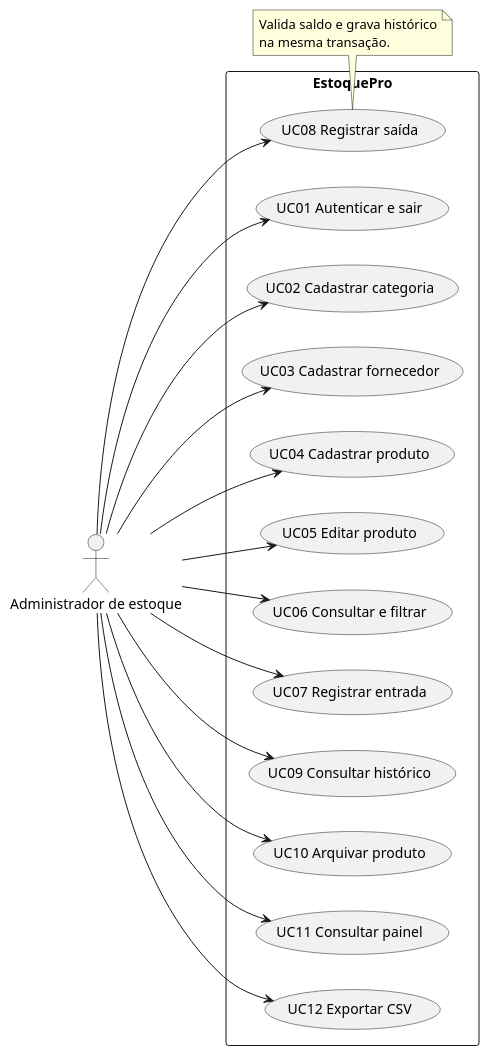
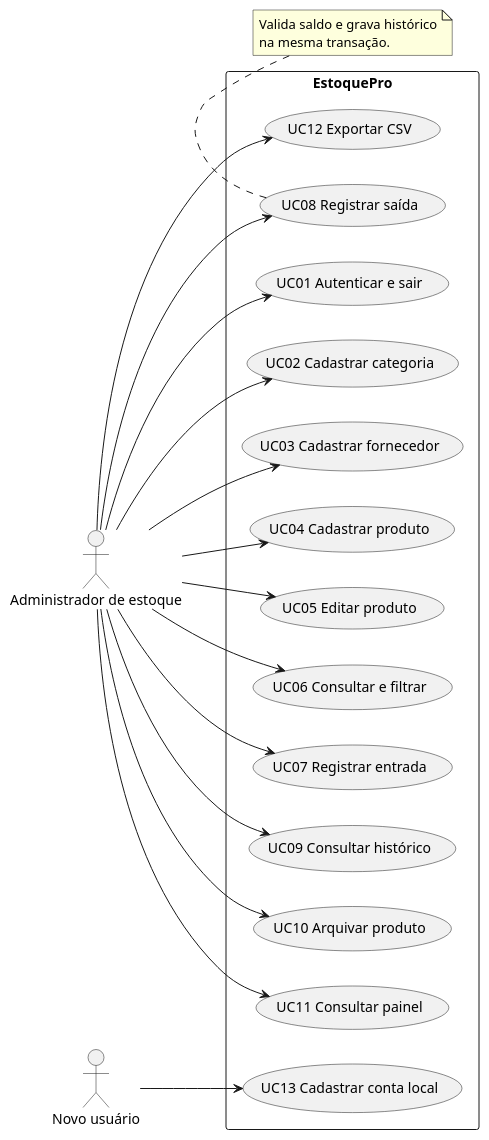
The diagram in docs/diagramas/casos-de-uso.puml (lxzinxs/EstoquePro-A3), drawn with PlantUML before and after one commit. The commit also changed 25 other files, not shown here.

```diff
--- a/docs/diagramas/casos-de-uso.puml
+++ b/docs/diagramas/casos-de-uso.puml
@@ -1,31 +1,34 @@
 @startuml
 left to right direction
 actor "Administrador de estoque" as Admin
+actor "Novo usuário" as NewUser
 rectangle EstoquePro {
+  usecase "UC13 Cadastrar conta local" as UC13
   usecase "UC01 Autenticar e sair" as UC01
   usecase "UC02 Cadastrar categoria" as UC02
   usecase "UC03 Cadastrar fornecedor" as UC03
   usecase "UC04 Cadastrar produto" as UC04
   usecase "UC05 Editar produto" as UC05
   usecase "UC06 Consultar e filtrar" as UC06
   usecase "UC07 Registrar entrada" as UC07
   usecase "UC08 Registrar saída" as UC08
   usecase "UC09 Consultar histórico" as UC09
   usecase "UC10 Arquivar produto" as UC10
   usecase "UC11 Consultar painel" as UC11
   usecase "UC12 Exportar CSV" as UC12
 }
+NewUser --> UC13
 Admin --> UC01
 Admin --> UC02
 Admin --> UC03
 Admin --> UC04
 Admin --> UC05
 Admin --> UC06
 Admin --> UC07
 Admin --> UC08
 Admin --> UC09
 Admin --> UC10
 Admin --> UC11
 Admin --> UC12
 note bottom of UC08 : Valida saldo e grava histórico\nna mesma transação.
 @enduml
```
